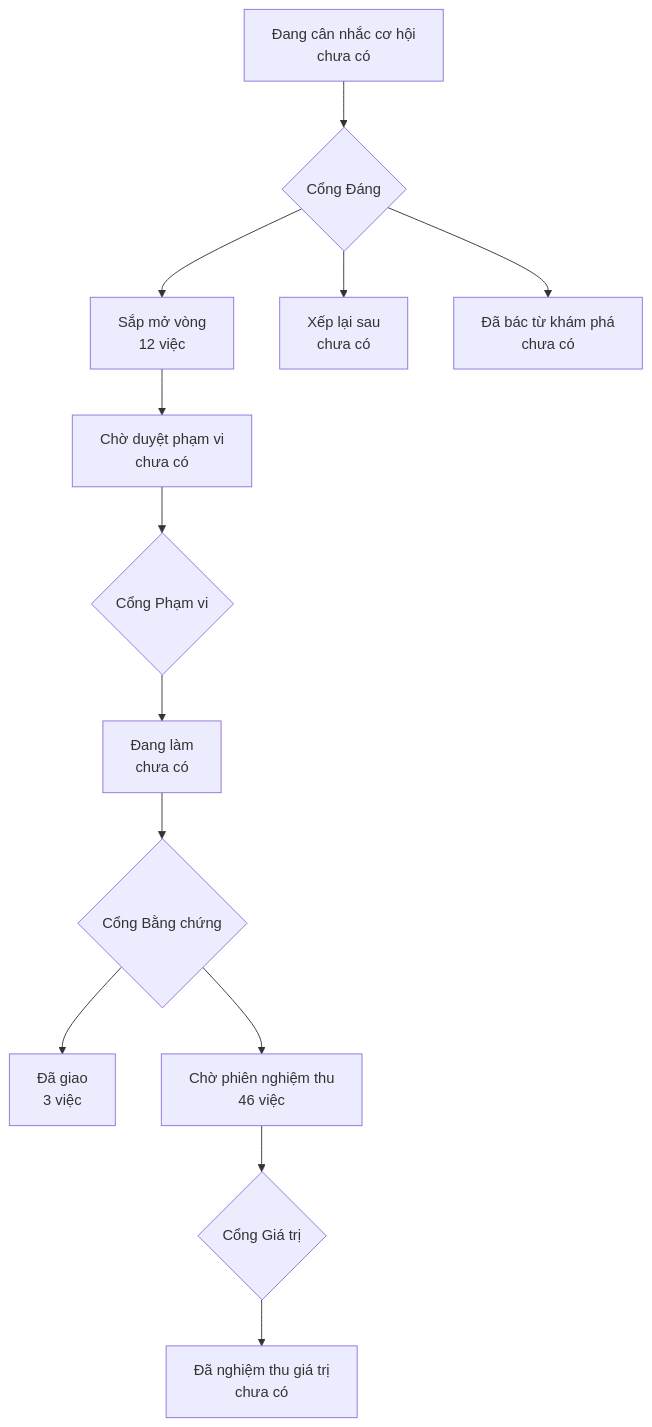
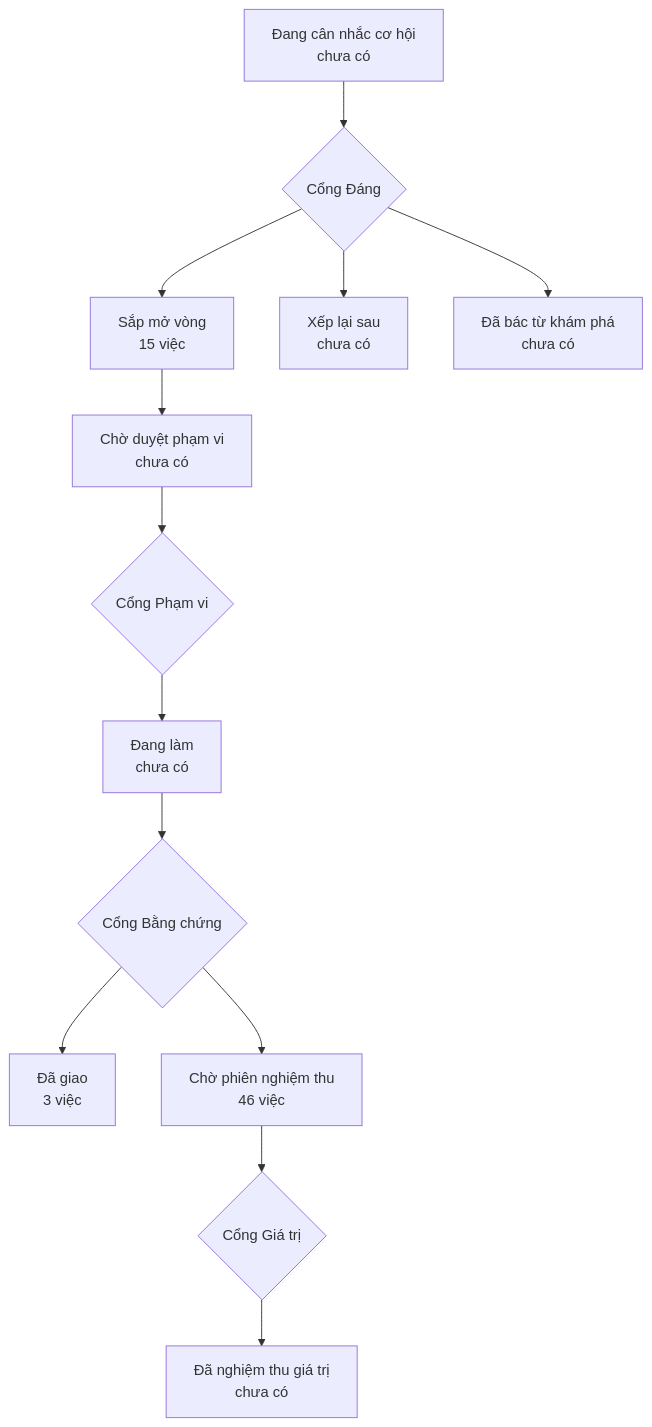
Before and after one commit to phanlemanh/onehub-inventory: the diagram in PRODUCT-MAP.md, drawn with Mermaid. The commit also changed other lines of this file and 1 other file, not shown here.

First line of the commit message:
chore(plan): regenerate product map and roadmap after rows 22 and 1u, H13 and the three worth-gate decisions

````diff
--- a/PRODUCT-MAP.md
+++ b/PRODUCT-MAP.md
@@ -7,12 +7,12 @@
 ```mermaid
 flowchart TD
   A["Đang cân nhắc cơ hội<br/>chưa có"] --> GD{"Cổng Đáng"}
-  GD --> B["Sắp mở vòng<br/>12 việc"]
+  GD --> B["Sắp mở vòng<br/>15 việc"]
   GD --> XL["Xếp lại sau<br/>chưa có"]
   GD --> DB["Đã bác từ khám phá<br/>chưa có"]
   B --> CD["Chờ duyệt phạm vi<br/>chưa có"] --> GP{"Cổng Phạm vi"}
   GP --> DL["Đang làm<br/>chưa có"] --> GB{"Cổng Bằng chứng"}
   GB --> DG["Đã giao<br/>3 việc"]
   GB --> CN["Chờ phiên nghiệm thu<br/>46 việc"] --> GG{"Cổng Giá trị"}
   GG --> NT["Đã nghiệm thu giá trị<br/>chưa có"]
 ```
````
